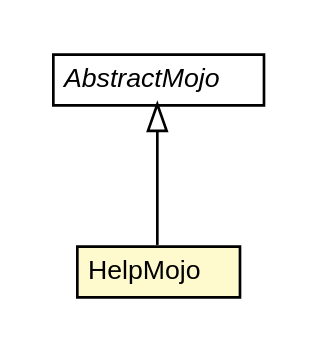
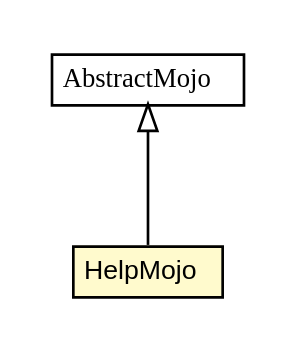
The diagram in apidocs/net/trajano/mojo/cleanpom/HelpMojo.dot (trajano/cleanpom-maven-plugin), drawn with Graphviz before and after one commit. The commit also changed 93 other files, not shown here.

```diff
--- a/apidocs/net/trajano/mojo/cleanpom/HelpMojo.dot
+++ b/apidocs/net/trajano/mojo/cleanpom/HelpMojo.dot
@@ -1,26 +1,26 @@
 #!/usr/local/bin/dot
 #
 # Class diagram 
 # Generated by UMLGraph version R5_6-24-gf6e263 (http://www.umlgraph.org/)
 #
 
 digraph G {
-	edge [fontname="Helvetica",fontsize=10,labelfontname="Helvetica",labelfontsize=10];
-	node [fontname="Helvetica",fontsize=10,shape=plaintext];
+	edge [fontname="arial",fontsize=10,labelfontname="arial",labelfontsize=10];
+	node [fontname="arial",fontsize=10,shape=plaintext];
 	nodesep=0.25;
 	ranksep=0.5;
 	// net.trajano.mojo.cleanpom.HelpMojo
 	c10 [label=<<table title="net.trajano.mojo.cleanpom.HelpMojo" border="0" cellborder="1" cellspacing="0" cellpadding="2" port="p" bgcolor="lemonChiffon" href="./HelpMojo.html">
 		<tr><td><table border="0" cellspacing="0" cellpadding="1">
 <tr><td align="center" balign="center"> HelpMojo </td></tr>
 		</table></td></tr>
-		</table>>, URL="./HelpMojo.html", fontname="Helvetica", fontcolor="black", fontsize=10.0];
+		</table>>, URL="./HelpMojo.html", fontname="arial", fontcolor="black", fontsize=10.0];
 	//net.trajano.mojo.cleanpom.HelpMojo extends org.apache.maven.plugin.AbstractMojo
 	c12:p -> c10:p [dir=back,arrowtail=empty];
 	// org.apache.maven.plugin.AbstractMojo
-	c12 [label=<<table title="org.apache.maven.plugin.AbstractMojo" border="0" cellborder="1" cellspacing="0" cellpadding="2" port="p" href="http://java.sun.com/j2se/1.4.2/docs/api/org/apache/maven/plugin/AbstractMojo.html">
+	c12 [label=<<table title="org.apache.maven.plugin.AbstractMojo" border="0" cellborder="1" cellspacing="0" cellpadding="2" port="p">
 		<tr><td><table border="0" cellspacing="0" cellpadding="1">
-<tr><td align="center" balign="center"><font face="Helvetica-Oblique"> AbstractMojo </font></td></tr>
+<tr><td align="center" balign="center"><font face="arial italic"> AbstractMojo </font></td></tr>
 		</table></td></tr>
-		</table>>, URL="http://java.sun.com/j2se/1.4.2/docs/api/org/apache/maven/plugin/AbstractMojo.html", fontname="Helvetica", fontcolor="black", fontsize=10.0];
+		</table>>, URL="null", fontname="arial", fontcolor="black", fontsize=10.0];
 }
```
